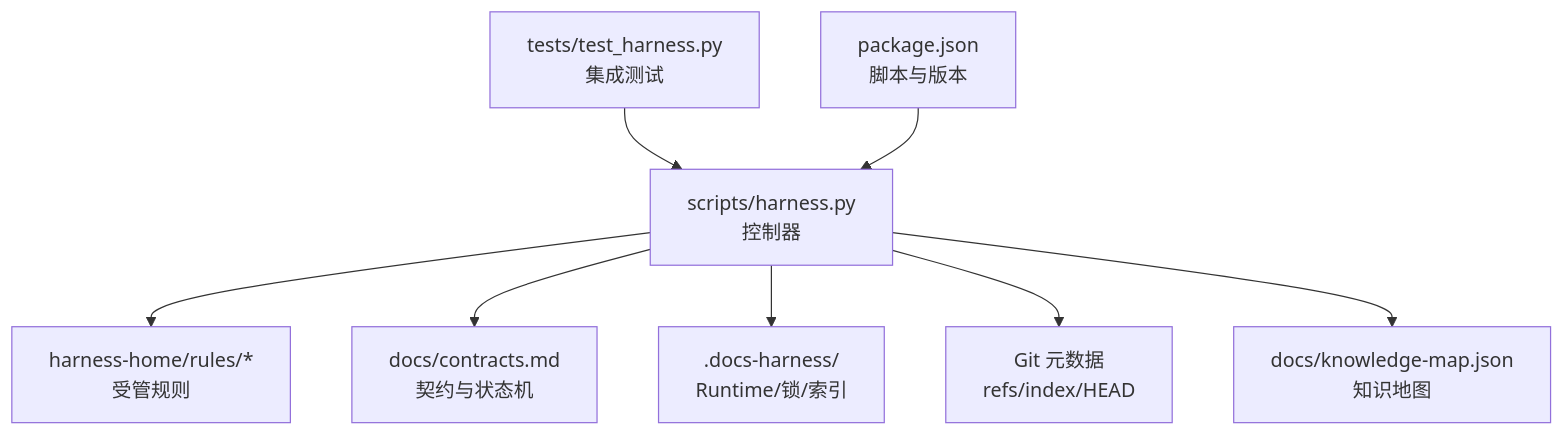
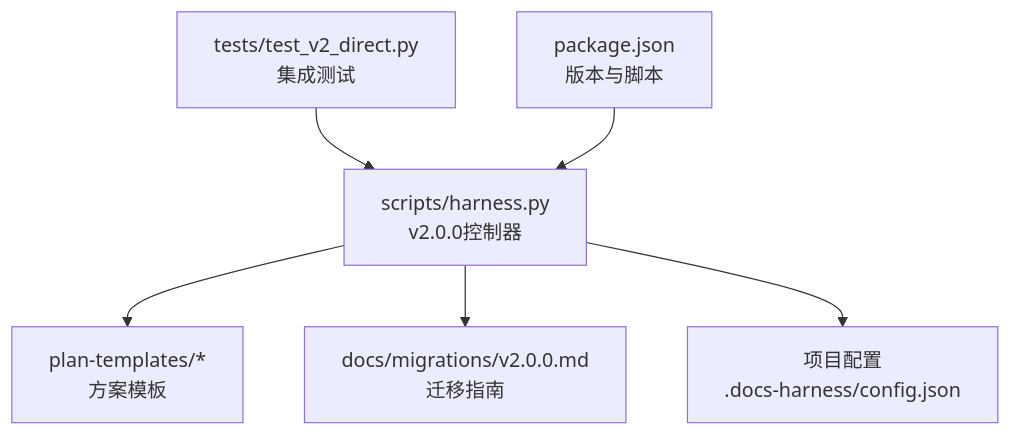
Before and after one commit to HackSing/docs-harness: the first of 6 diagrams in .qoder/repowiki/zh/content/项目概述.md, drawn with Mermaid. The commit also changed other lines of this file and 42 other files, not shown here.

````diff
--- a/.qoder/repowiki/zh/content/项目概述.md
+++ b/.qoder/repowiki/zh/content/项目概述.md
@@ -49,10 +57,8 @@
 ```mermaid
 graph TB
-A["scripts/harness.py<br/>控制器"] --> B["harness-home/rules/*<br/>受管规则"]
-A --> C["docs/contracts.md<br/>契约与状态机"]
-A --> D[".docs-harness/<br/>Runtime/锁/索引"]
-A --> E["Git 元数据<br/>refs/index/HEAD"]
-A --> F["docs/knowledge-map.json<br/>知识地图"]
-G["tests/test_harness.py<br/>集成测试"] --> A
-H["package.json<br/>脚本与版本"] --> A
+A["scripts/harness.py<br/>v2.0.0控制器"] --> B["plan-templates/*<br/>方案模板"]
+A --> C["docs/migrations/v2.0.0.md<br/>迁移指南"]
+A --> D["项目配置<br/>.docs-harness/config.json"]
+E["tests/test_v2_direct.py<br/>集成测试"] --> A
+F["package.json<br/>版本与脚本"] --> A
 ```
````
